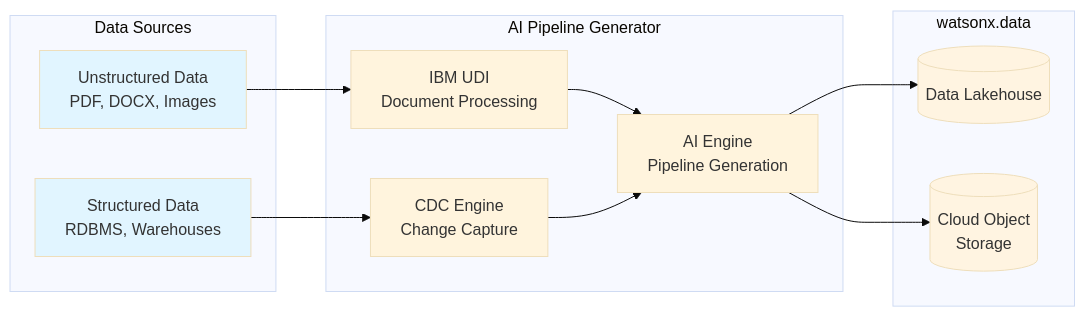
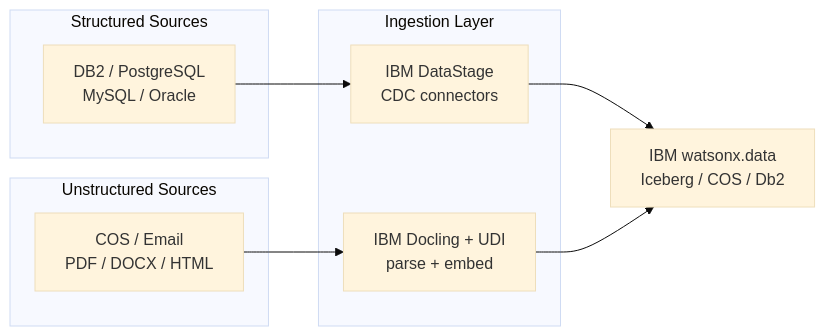
Before and after one commit to ibm-self-serve-assets/building-blocks-docs: the diagram in docs-src/data-core/integration/data-pipeline-ai-generated/index.md, drawn with Mermaid (base theme). The commit also changed other lines of this file and 12 other files, not shown here.

````diff
--- a/docs-src/data-core/integration/data-pipeline-ai-generated/index.md
+++ b/docs-src/data-core/integration/data-pipeline-ai-generated/index.md
@@ -50,30 +153,19 @@
 ```mermaid
 graph LR
-    subgraph Data Sources
-        Unstructured[Unstructured Data<br/>PDF, DOCX, Images]
-        Structured[Structured Data<br/>RDBMS, Warehouses]
+    subgraph Structured["Structured Sources"]
+        DB["DB2 / PostgreSQL<br/>MySQL / Oracle"]
     end
-    
-    subgraph AI Pipeline Generator
-        UDI[IBM UDI<br/>Document Processing]
-        CDC[CDC Engine<br/>Change Capture]
-        AIEngine[AI Engine<br/>Pipeline Generation]
+    subgraph Unstructured["Unstructured Sources"]
+        Files["COS / Email<br/>PDF / DOCX / HTML"]
     end
-    
-    subgraph watsonx.data
-        Lakehouse[(Data Lakehouse)]
-        COS[(Cloud Object<br/>Storage)]
+    subgraph Ingestion["Ingestion Layer"]
+        DS["IBM DataStage<br/>CDC connectors"]
+        UDI["IBM Docling + UDI<br/>parse + embed"]
     end
-    
-    Unstructured --> UDI
-    Structured --> CDC
-    UDI --> AIEngine
-    CDC --> AIEngine
-    AIEngine --> Lakehouse
-    AIEngine --> COS
-    
-    style Unstructured fill:#e1f5ff
-    style Structured fill:#e1f5ff
-    style Lakehouse fill:#fff4e1
-    style COS fill:#fff4e1
+    Target["IBM watsonx.data<br/>Iceberg / COS / Db2"]
+
+    DB --> DS
+    Files --> UDI
+    DS --> Target
+    UDI --> Target
 ```
````
